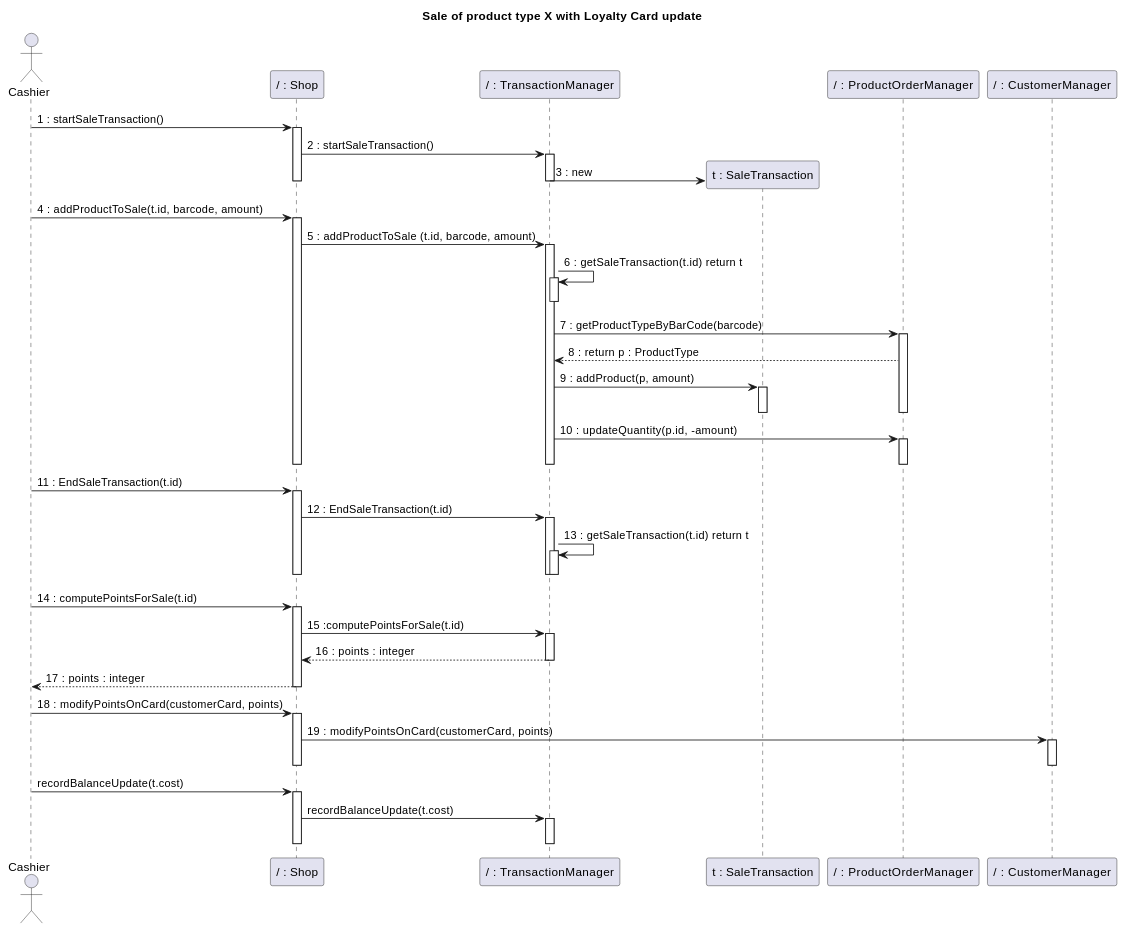
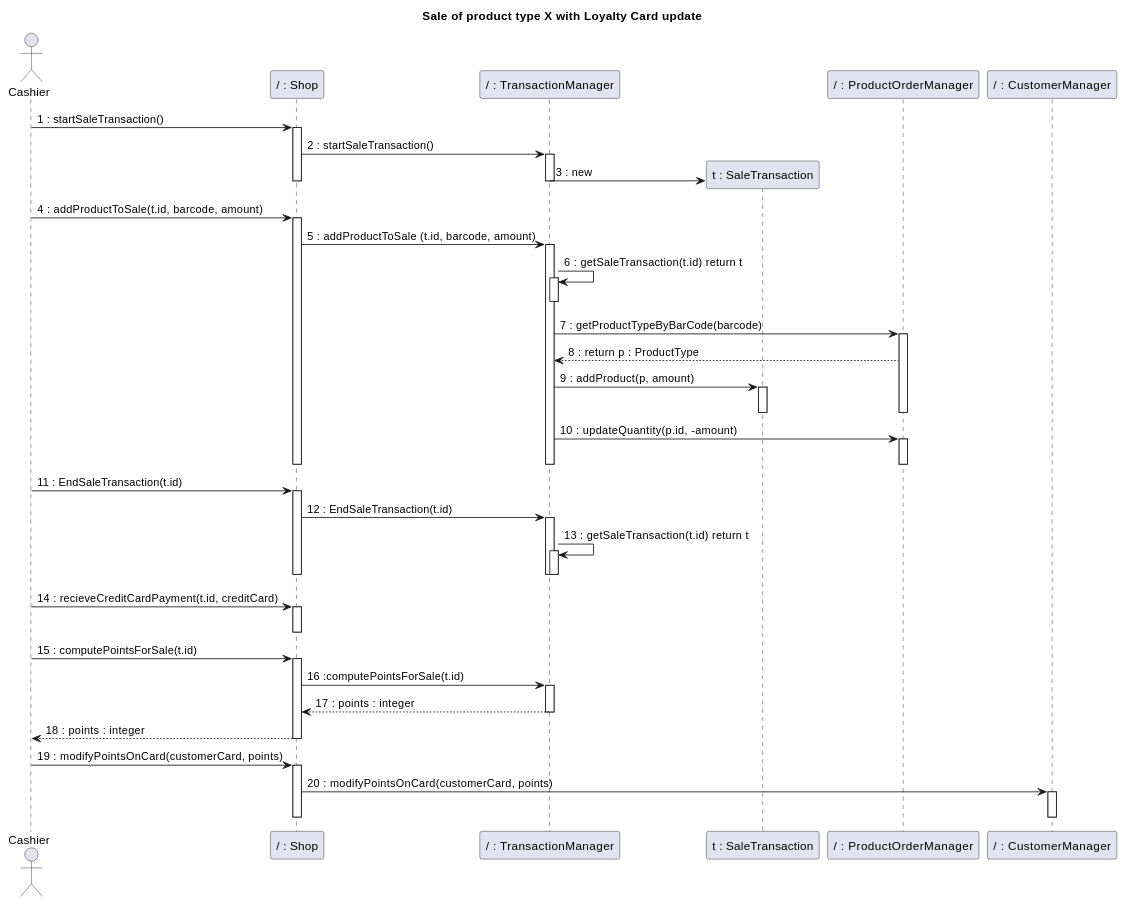
Before and after one commit to nicolabattaglino/ezshop: diagram 21 of 32 in Deliverables/DesignDocument.md, drawn with PlantUML. The commit also changed other lines of this file, not shown here.

````diff
--- a/Deliverables/DesignDocument.md
+++ b/Deliverables/DesignDocument.md
@@ -1033,81 +1023,78 @@
 ```plantuml
 @startuml
 
 title
 Sale of product type X with Loyalty Card update
 end title
 
 actor Cashier
 
 participant "/ : Shop" as Shop
 participant "/ : TransactionManager" as TransactionManager
 participant "t : SaleTransaction"  as SaleTransaction
 participant "/ : ProductOrderManager" as ProductOrderManager
 participant "/ : CustomerManager" as CustomerManager
 
 Cashier -> Shop: 1 : startSaleTransaction()
 activate Shop
 Shop -> TransactionManager : 2 : startSaleTransaction()
 activate TransactionManager
 create SaleTransaction
 TransactionManager -> SaleTransaction: 3 : new
 deactivate TransactionManager
 deactivate Shop
 Cashier -> Shop : 4 : addProductToSale(t.id, barcode, amount)
 activate Shop
 Shop -> TransactionManager: 5 : addProductToSale (t.id, barcode, amount)
  
 
 activate TransactionManager
 TransactionManager -> TransactionManager: 6 : getSaleTransaction(t.id) return t
 activate TransactionManager
 deactivate TransactionManager
 TransactionManager -> ProductOrderManager: 7 : getProductTypeByBarCode(barcode)
 activate ProductOrderManager
 
 
 TransactionManager <-- ProductOrderManager : 8 : return p : ProductType
 
 TransactionManager -> SaleTransaction : 9 : addProduct(p, amount)
 activate SaleTransaction
 deactivate SaleTransaction
 deactivate ProductOrderManager
 TransactionManager -> ProductOrderManager: 10 : updateQuantity(p.id, -amount)
 activate ProductOrderManager
 deactivate ProductOrderManager
 deactivate TransactionManager
 deactivate Shop
 Cashier -> Shop : 11 : EndSaleTransaction(t.id)
 activate Shop
 Shop -> TransactionManager : 12 : EndSaleTransaction(t.id)
 activate TransactionManager
 TransactionManager -> TransactionManager : 13 : getSaleTransaction(t.id) return t
 activate TransactionManager
 deactivate TransactionManager
 deactivate TransactionManager
 deactivate Shop
 
-Cashier -> Shop : 14 : computePointsForSale(t.id)
+Cashier -> Shop : 14 : recieveCreditCardPayment(t.id, creditCard)
 activate Shop
-Shop -> TransactionManager : 15 :computePointsForSale(t.id)
+deactivate Shop
+
+Cashier -> Shop : 15 : computePointsForSale(t.id)
+activate Shop
+Shop -> TransactionManager : 16 :computePointsForSale(t.id)
 activate TransactionManager
-TransactionManager --> Shop : 16 : points : integer
+TransactionManager --> Shop : 17 : points : integer
 deactivate TransactionManager
-Shop --> Cashier : 17 : points : integer
+Shop --> Cashier : 18 : points : integer
 deactivate Shop
-Cashier -> Shop : 18 : modifyPointsOnCard(customerCard, points)
+Cashier -> Shop : 19 : modifyPointsOnCard(customerCard, points)
 activate Shop
-Shop -> CustomerManager : 19 : modifyPointsOnCard(customerCard, points)
+Shop -> CustomerManager : 20 : modifyPointsOnCard(customerCard, points)
 activate CustomerManager
 deactivate CustomerManager
 deactivate Shop
 
-Cashier -> Shop : recordBalanceUpdate(t.cost)
-activate Shop
-Shop -> TransactionManager : recordBalanceUpdate(t.cost)
-activate TransactionManager
-deactivate TransactionManager
-deactivate Shop
-
 @enduml
 ```
````
